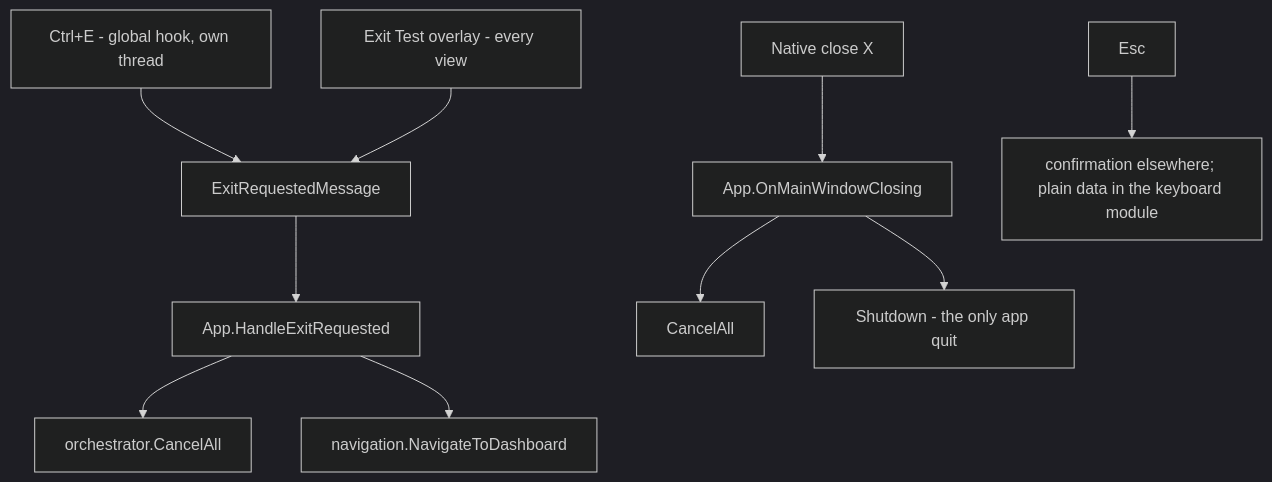
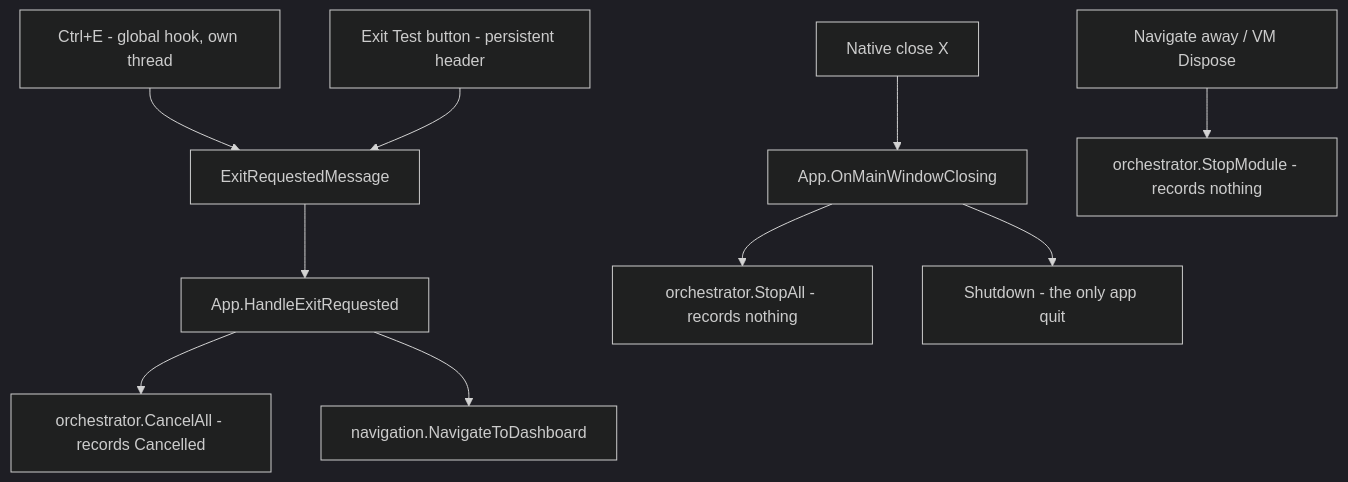
The diagram in lode/architecture/exit-and-navigation.md (Krasen007/HardwareAuditToolkit), drawn with Mermaid (dark theme) before and after one commit. The commit also changed other lines of this file and 50 other files, not shown here.

Commit message:
Roadmap Phases 2–4 are implemented and verified: __build zero warnings, 78/78 tests pass__ (was 68). The lode has been updated to reflect the new state.

````diff
--- a/lode/architecture/exit-and-navigation.md
+++ b/lode/architecture/exit-and-navigation.md
@@ -9,12 +9,12 @@
 ```mermaid
 graph TD
     K[Ctrl+E - global hook, own thread] --> M[ExitRequestedMessage]
-    B[Exit Test overlay - every view] --> M
+    B[Exit Test button - persistent header] --> M
     M --> H[App.HandleExitRequested]
-    H --> CA[orchestrator.CancelAll]
+    H --> CA[orchestrator.CancelAll - records Cancelled]
     H --> ND[navigation.NavigateToDashboard]
     X[Native close X] --> OC[App.OnMainWindowClosing]
-    OC --> CA2[CancelAll]
+    OC --> SA[orchestrator.StopAll - records nothing]
     OC --> SD[Shutdown - the only app quit]
-    ESC[Esc] --> NOTE[confirmation elsewhere; plain data in the keyboard module]
+    NAV[Navigate away / VM Dispose] --> ST[orchestrator.StopModule - records nothing]
 ```
````
